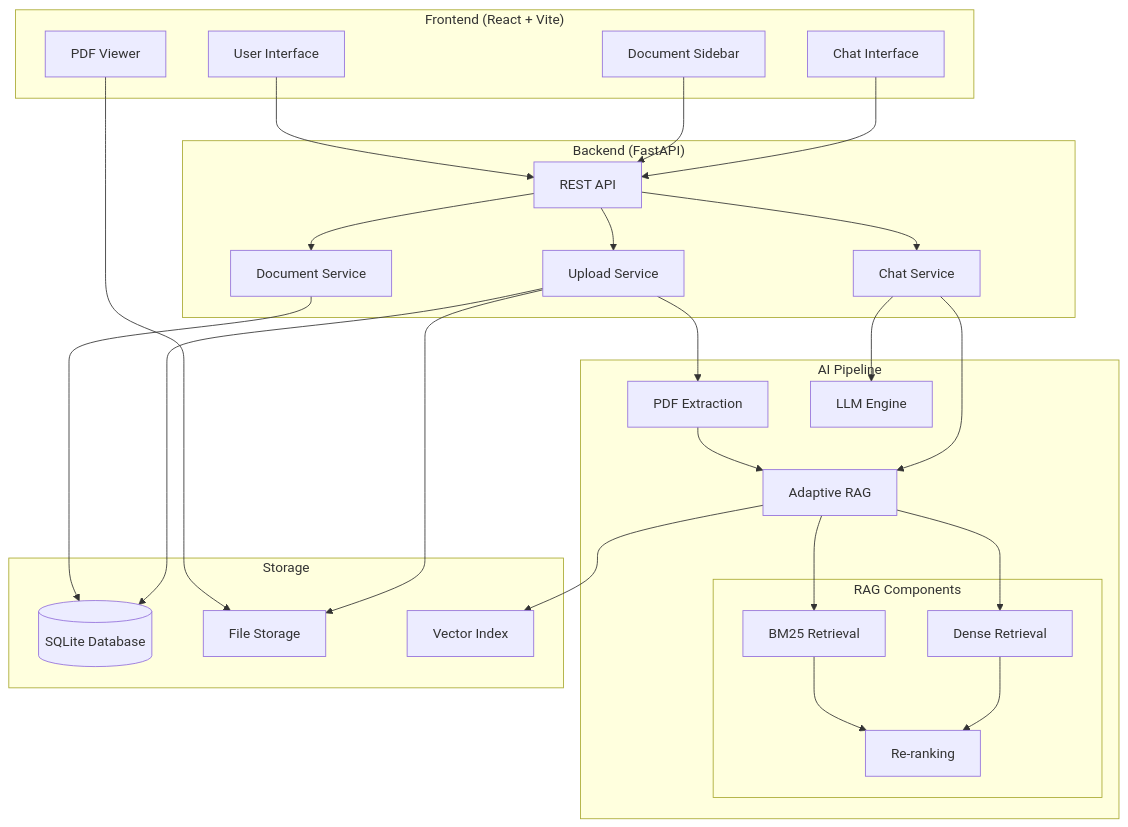
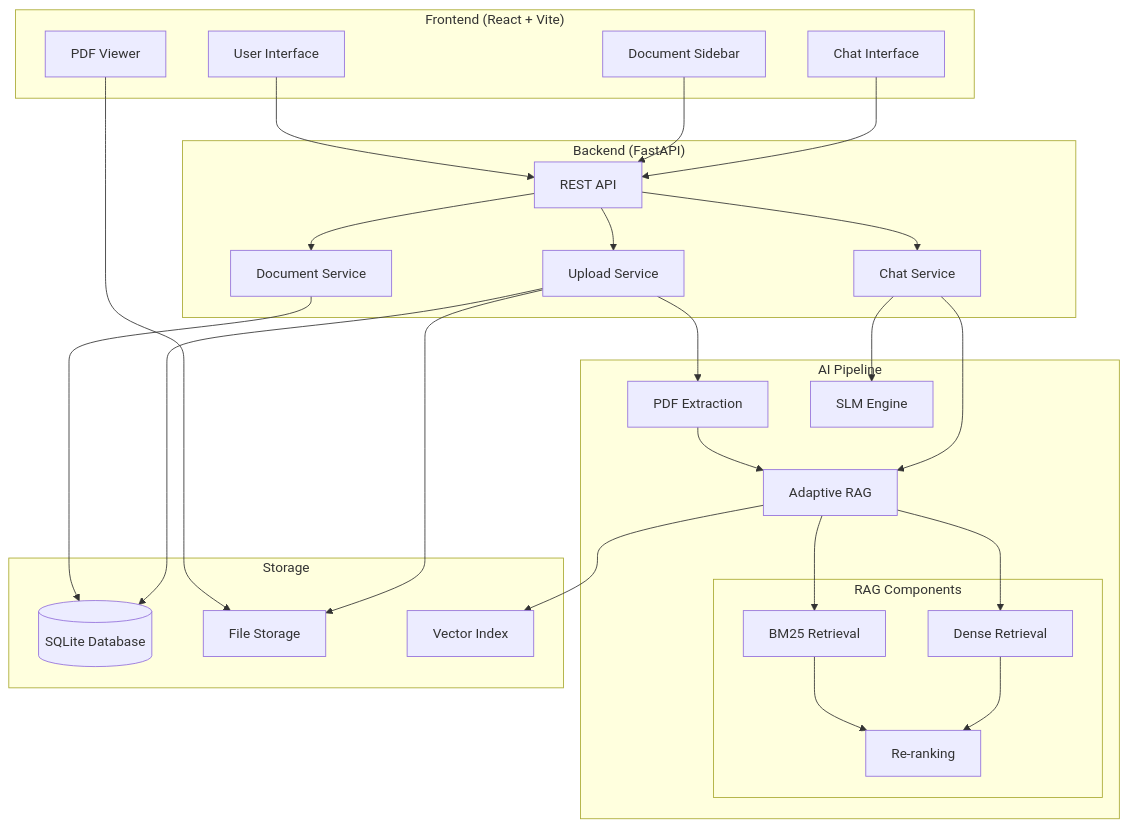
Before and after one commit to HieuAI2005/DocBot: the first of 3 diagrams in README.md, drawn with Mermaid. The commit also changed other lines of this file, not shown here.

````diff
--- a/README.md
+++ b/README.md
@@ -47,58 +47,58 @@
 ```mermaid
 graph TB
     subgraph "Frontend (React + Vite)"
         UI[User Interface]
         Sidebar[Document Sidebar]
         Chat[Chat Interface]
         PDF[PDF Viewer]
     end
     
     subgraph "Backend (FastAPI)"
         API[REST API]
         Upload[Upload Service]
         ChatSvc[Chat Service]
         DocSvc[Document Service]
     end
     
     subgraph "AI Pipeline"
         Extract[PDF Extraction]
         RAG[Adaptive RAG]
-        LLM[LLM Engine]
+        SLM[SLM Engine]
         
         subgraph "RAG Components"
             BM25[BM25 Retrieval]
             Dense[Dense Retrieval]
             Rerank[Re-ranking]
         end
     end
     
     subgraph "Storage"
         DB[(SQLite Database)]
         Files[File Storage]
         Index[Vector Index]
     end
     
     UI --> API
     Sidebar --> API
     Chat --> API
     PDF --> Files
     
     API --> Upload
     API --> ChatSvc
     API --> DocSvc
     
     Upload --> Extract
     Extract --> RAG
     ChatSvc --> RAG
-    ChatSvc --> LLM
+    ChatSvc --> SLM
     
     RAG --> BM25
     RAG --> Dense
     BM25 --> Rerank
     Dense --> Rerank
     
     DocSvc --> DB
     Upload --> DB
     Upload --> Files
     RAG --> Index
 ```
````
